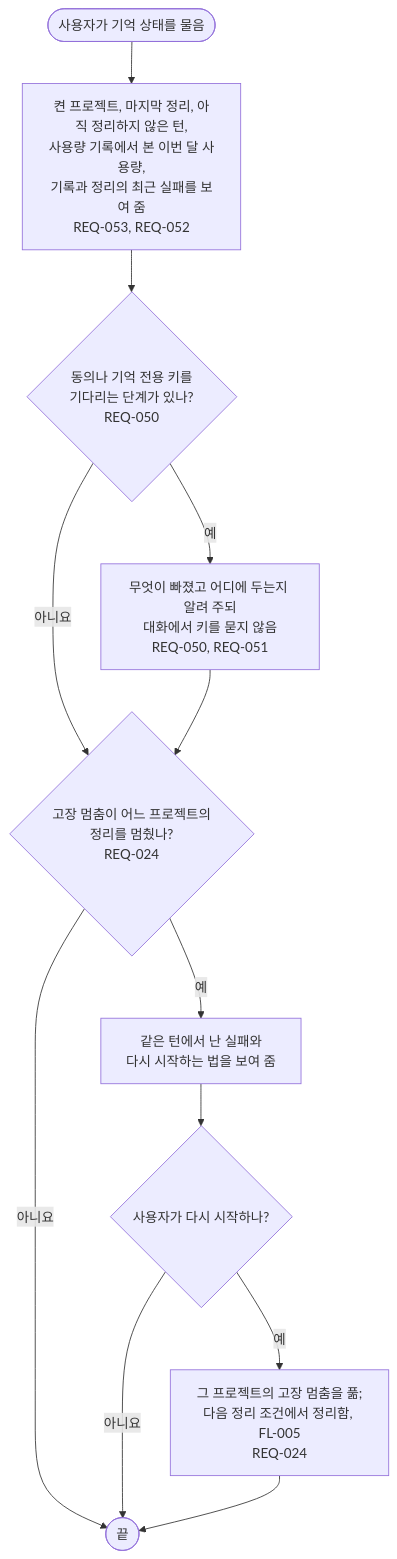
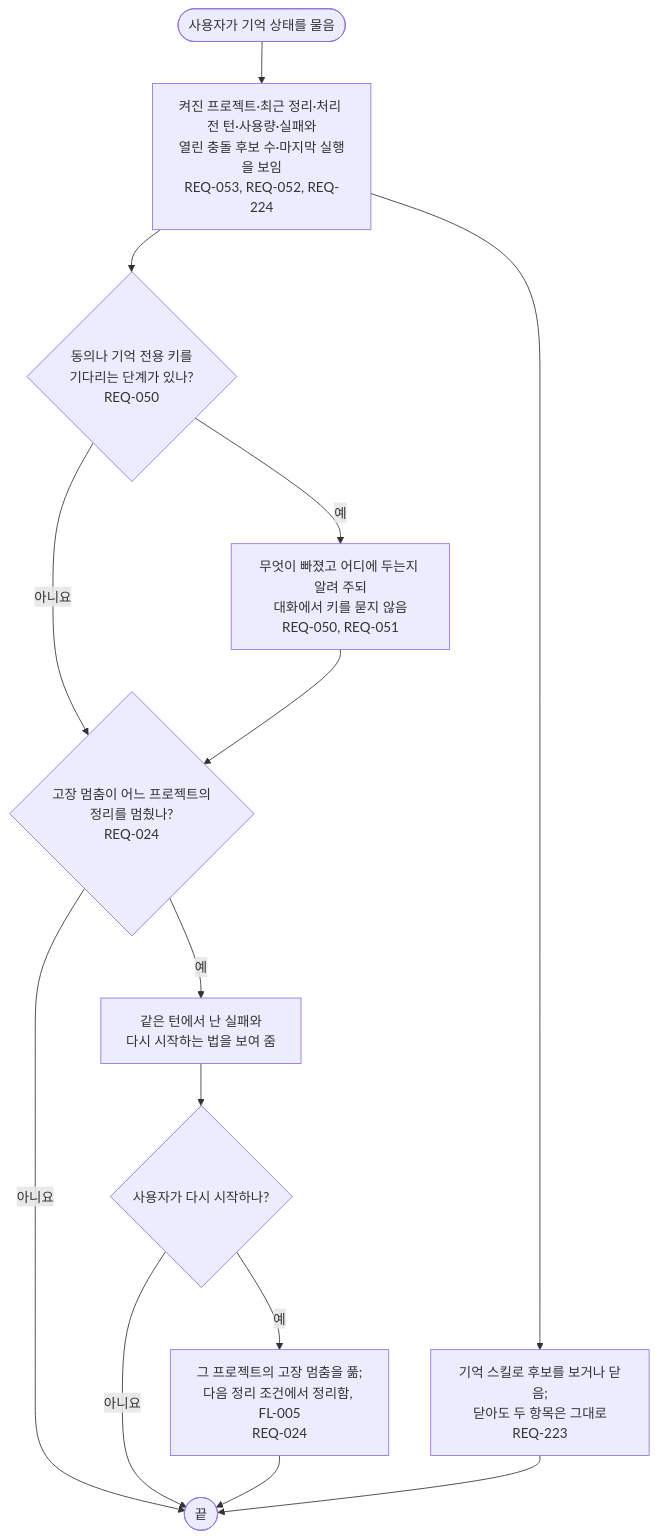
One commit to kodonghui/corthex changed the diagram in docs/03-user-flow/memory/FL-010-check-the-status.ko.md. Above: the diagram before and after it, drawn with Mermaid. The commit also changed other lines of this file and 41 other files, not shown here.

````diff
--- a/docs/03-user-flow/memory/FL-010-check-the-status.ko.md
+++ b/docs/03-user-flow/memory/FL-010-check-the-status.ko.md
@@ -9,14 +9,16 @@
 ```mermaid
 flowchart TD
-  A(["사용자가 기억 상태를 물음"]) --> B["켠 프로젝트, 마지막 정리, 아직 정리하지 않은 턴,<br/>사용량 기록에서 본 이번 달 사용량,<br/>기록과 정리의 최근 실패를 보여 줌<br/>REQ-053, REQ-052"]
+  A(["사용자가 기억 상태를 물음"]) --> B["켜진 프로젝트·최근 정리·처리 전 턴·사용량·실패와<br/>열린 충돌 후보 수·마지막 실행을 보임<br/>REQ-053, REQ-052, REQ-224"]
   B --> C{"동의나 기억 전용 키를<br/>기다리는 단계가 있나?<br/>REQ-050"}
   C -->|예| C1["무엇이 빠졌고 어디에 두는지 알려 주되<br/>대화에서 키를 묻지 않음<br/>REQ-050, REQ-051"]
   C -->|아니요| D{"고장 멈춤이 어느 프로젝트의<br/>정리를 멈췄나?<br/>REQ-024"}
   C1 --> D
   D -->|아니요| Z(["끝"])
   D -->|예| E["같은 턴에서 난 실패와<br/>다시 시작하는 법을 보여 줌"]
   E --> F{"사용자가 다시 시작하나?"}
   F -->|아니요| Z
   F -->|예| G["그 프로젝트의 고장 멈춤을 풂;<br/>다음 정리 조건에서 정리함, FL-005<br/>REQ-024"]
   G --> Z
+  B --> CF["기억 스킬로 후보를 보거나 닫음;<br/>닫아도 두 항목은 그대로<br/>REQ-223"]
+  CF --> Z
 ```
````
